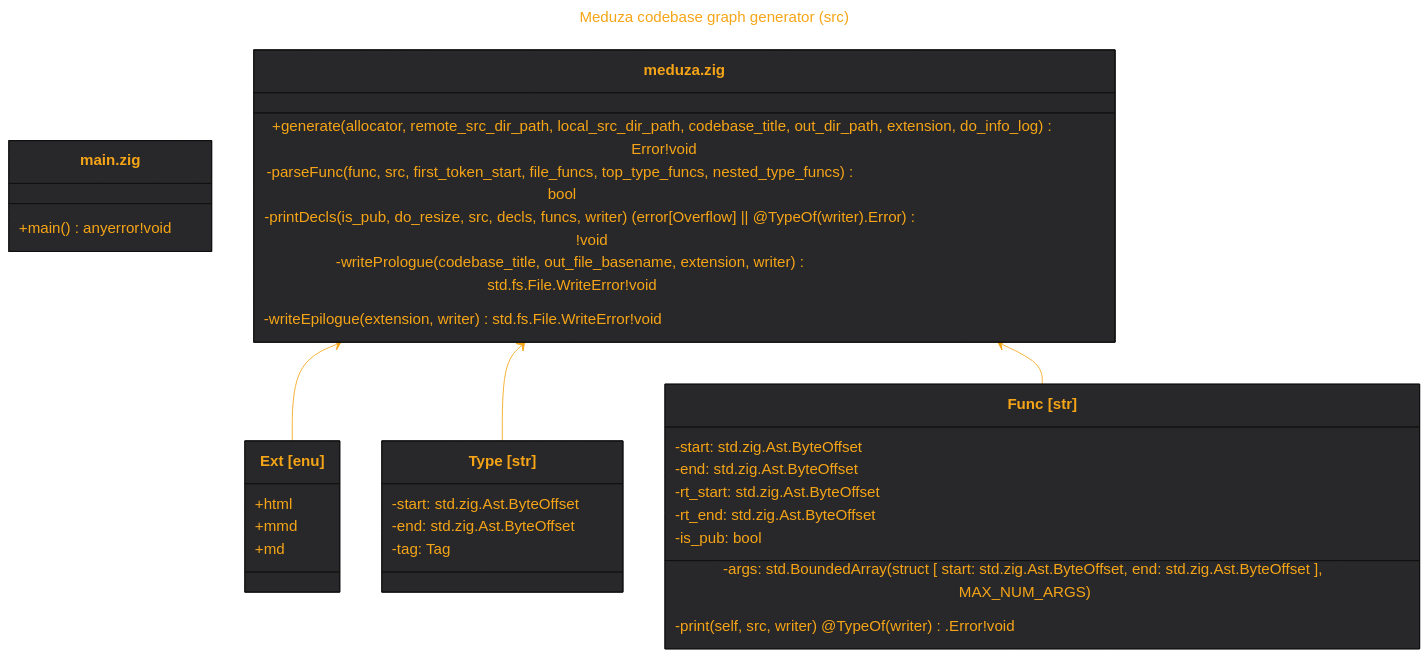
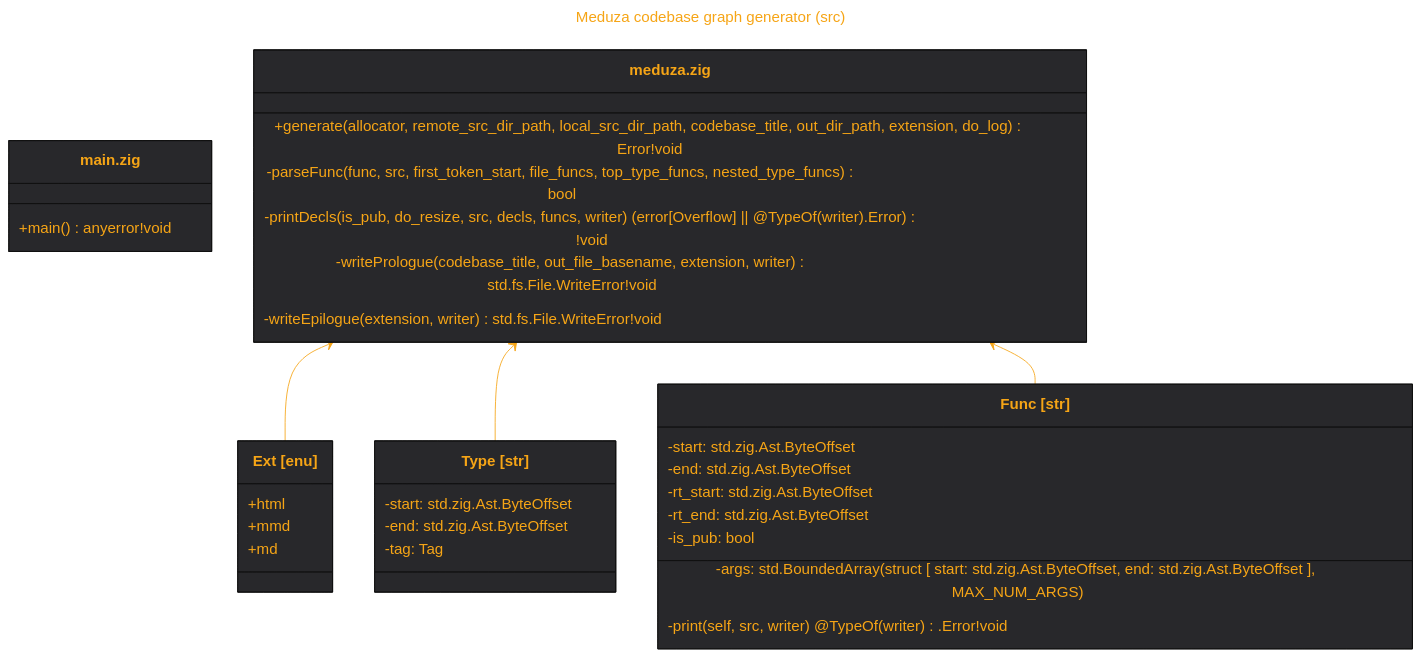
The diagram in out/src.md (tensorush/meduza), drawn with Mermaid before and after one commit. The commit also changed 4 other files, not shown here.

````diff
--- a/out/src.md
+++ b/out/src.md
@@ -1,55 +1,55 @@
 ```mermaid
 ---
 title: Meduza codebase graph generator (src)
 ---
 %%{
     init: {
         'theme': 'base',
         'themeVariables': {
             'fontSize': '18px',
             'fontFamily': 'arial',
             'lineColor': '#F6A516',
             'primaryColor': '#28282B',
             'primaryTextColor': '#F6A516'
         }
     }
 }%%
 classDiagram
 class `main.zig` {
     +main() anyerror!void
 }
 link `main.zig` "https://github.com/tensorush/meduza/blob/main/src/main.zig"
 class Ext["Ext [enu]"] {
     +html
     +mmd
     +md
 }
 link Ext "https://github.com/tensorush/meduza/blob/main/src/meduza.zig#L22"
 class Type["Type [str]"] {
     -start: std.zig.Ast.ByteOffset
     -end: std.zig.Ast.ByteOffset
     -tag: Tag
 }
 link Type "https://github.com/tensorush/meduza/blob/main/src/meduza.zig#L32"
 class Func["Func [str]"] {
     -start: std.zig.Ast.ByteOffset
     -end: std.zig.Ast.ByteOffset
     -args: std.BoundedArray(struct [ start: std.zig.Ast.ByteOffset, end: std.zig.Ast.ByteOffset ], MAX_NUM_ARGS)
     -rt_start: std.zig.Ast.ByteOffset
     -rt_end: std.zig.Ast.ByteOffset
     -is_pub: bool
     -print(self, src, writer) @TypeOf(writer).Error!void
 }
 link Func "https://github.com/tensorush/meduza/blob/main/src/meduza.zig#L52"
 class `meduza.zig` {
-    +generate(allocator, remote_src_dir_path, local_src_dir_path, codebase_title, out_dir_path, extension, do_info_log) Error!void
+    +generate(allocator, remote_src_dir_path, local_src_dir_path, codebase_title, out_dir_path, extension, do_log) Error!void
     -parseFunc(func, src, first_token_start, file_funcs, top_type_funcs, nested_type_funcs) bool
     -printDecls(is_pub, do_resize, src, decls, funcs, writer) (error[Overflow] || @TypeOf(writer).Error)!void
     -writePrologue(codebase_title, out_file_basename, extension, writer) std.fs.File.WriteError!void
     -writeEpilogue(extension, writer) std.fs.File.WriteError!void
 }
 `meduza.zig` <-- Ext
 `meduza.zig` <-- Type
 `meduza.zig` <-- Func
 link `meduza.zig` "https://github.com/tensorush/meduza/blob/main/src/meduza.zig"
 ```
````
